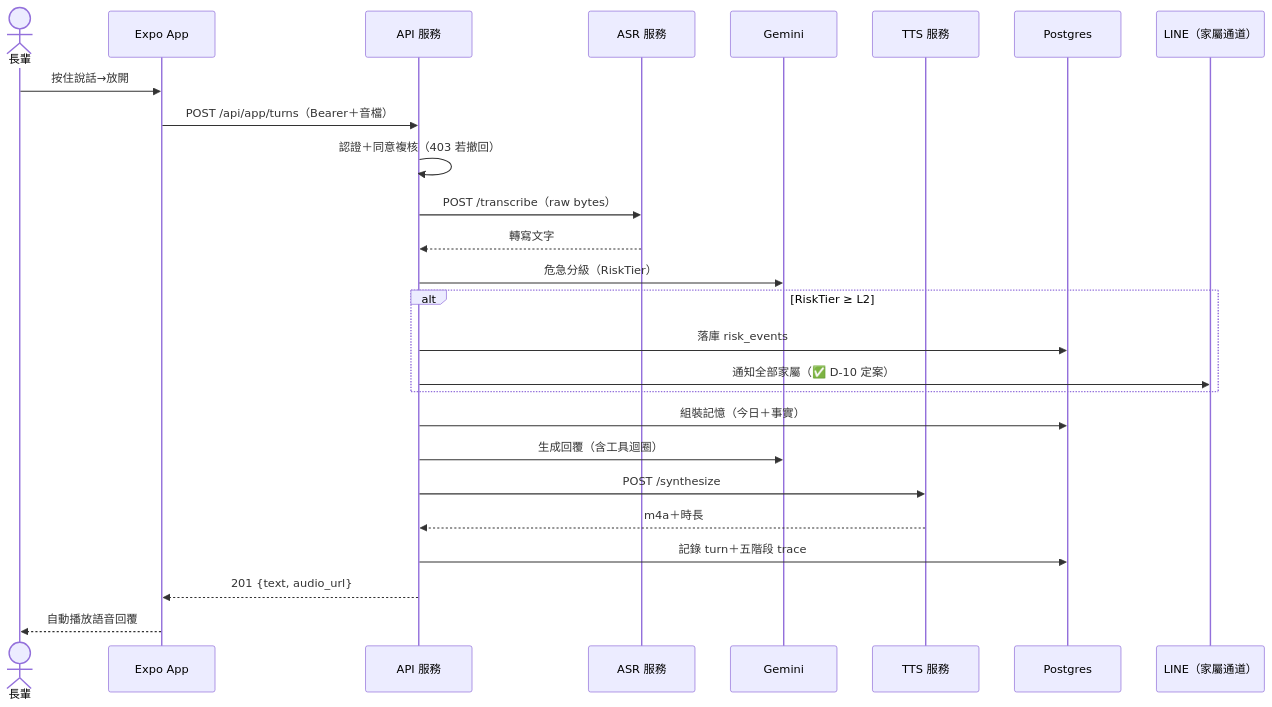
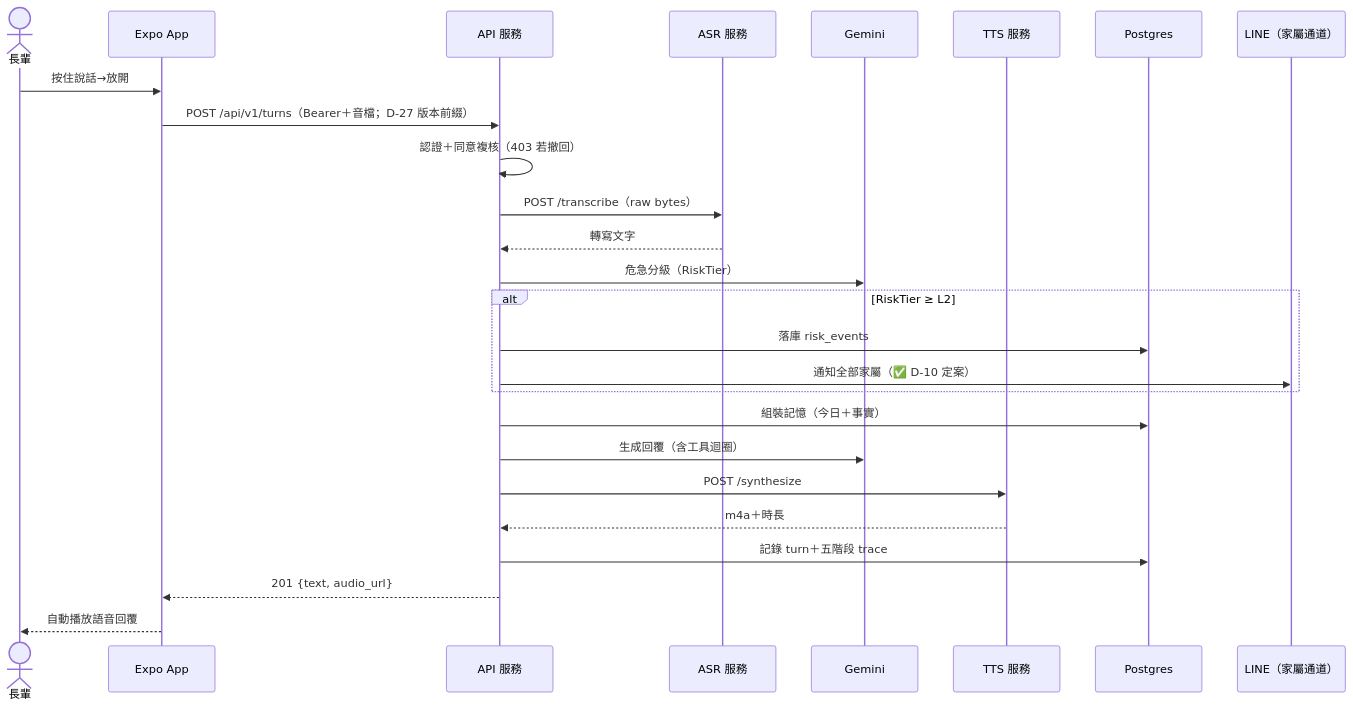
One commit to leo53021313/kinsun changed the seventh of 11 diagrams in docs/dev/05_架構與設計.md. Above: the diagram before and after it, drawn with Mermaid. The commit also changed other lines of this file and 3 other files, not shown here.

````diff
--- a/docs/dev/05_架構與設計.md
+++ b/docs/dev/05_架構與設計.md
@@ -392,29 +394,29 @@
 ```mermaid
 sequenceDiagram
     actor Elder as 長輩
     participant App as Expo App
     participant API as API 服務
     participant ASR as ASR 服務
     participant G as Gemini
     participant TTS as TTS 服務
     participant DB as Postgres
     participant LINE as LINE（家屬通道）
 
     Elder->>App: 按住說話→放開
-    App->>API: POST /api/app/turns（Bearer＋音檔）
+    App->>API: POST /api/v1/turns（Bearer＋音檔；D-27 版本前綴）
     API->>API: 認證＋同意複核（403 若撤回）
     API->>ASR: POST /transcribe（raw bytes）
     ASR-->>API: 轉寫文字
     API->>G: 危急分級（RiskTier）
     alt RiskTier ≥ L2
         API->>DB: 落庫 risk_events
         API->>LINE: 通知全部家屬（✅ D-10 定案）
     end
     API->>DB: 組裝記憶（今日＋事實）
     API->>G: 生成回覆（含工具迴圈）
     API->>TTS: POST /synthesize
     TTS-->>API: m4a＋時長
     API->>DB: 記錄 turn＋五階段 trace
     API-->>App: 201 {text, audio_url}
     App-->>Elder: 自動播放語音回覆
 ```
````
